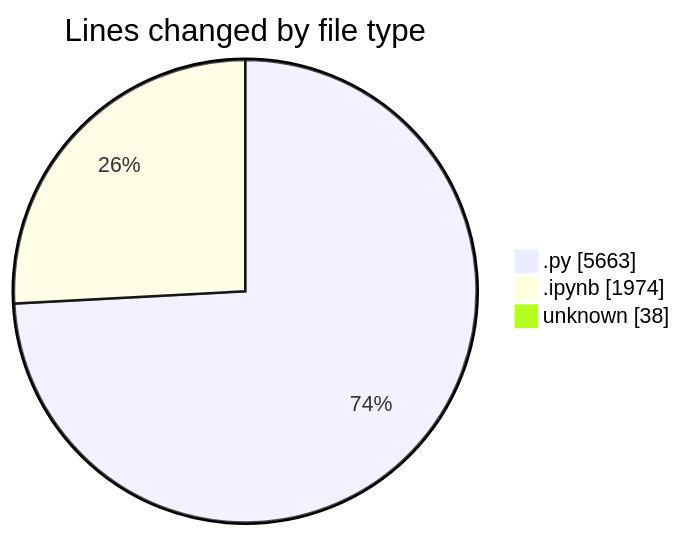
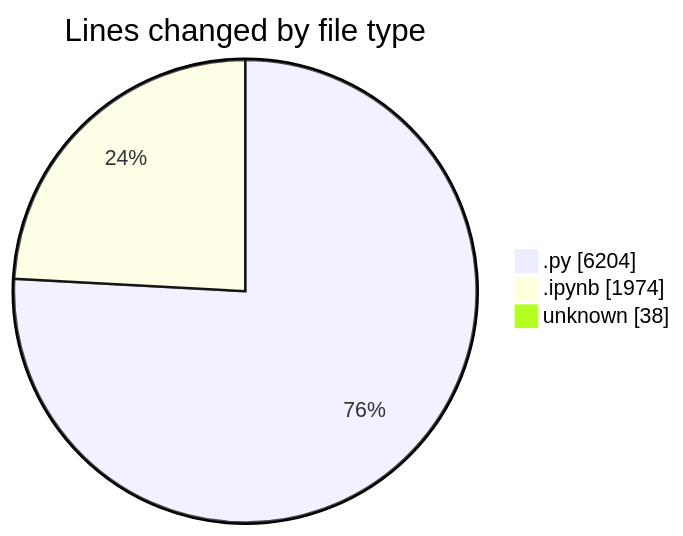
The first of 2 diagrams in 2025-03-21/myws__workspace_/README.md (MatusMokan/code-tracking), drawn with Mermaid before and after one commit. The commit also changed other lines of this file and 1 other file, not shown here.

````diff
--- a/2025-03-21/myws__workspace_/README.md
+++ b/2025-03-21/myws__workspace_/README.md
@@ -25,7 +26,7 @@
 ```mermaid
 pie showData
 title Lines changed by file type
-".py" : 5663
+".py" : 6204
 ".ipynb" : 1974
 "unknown" : 38
 ```
````
